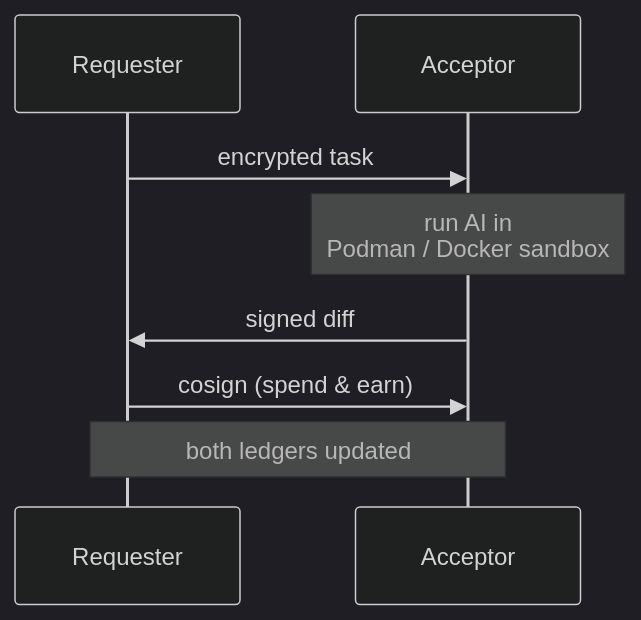
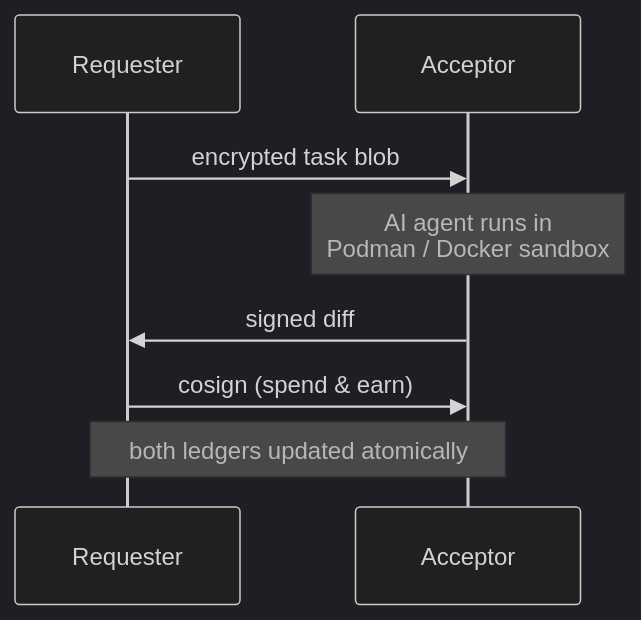
One commit to Doheon/agent-share changed the diagram in README.md. Above: the diagram before and after it, drawn with Mermaid (dark theme). The commit also changed other lines of this file and 1 other file, not shown here.

````diff
--- a/README.md
+++ b/README.md
@@ -153,10 +144,10 @@
 ```mermaid
 sequenceDiagram
     participant R as Requester
     participant A as Acceptor
-    R->>A: encrypted task
-    Note over A: run AI in<br/>Podman / Docker sandbox
+    R->>A: encrypted task blob
+    Note over A: AI agent runs in<br/>Podman / Docker sandbox
     A->>R: signed diff
     R->>A: cosign (spend & earn)
-    Note over R,A: both ledgers updated
+    Note over R,A: both ledgers updated atomically
 ```
````
